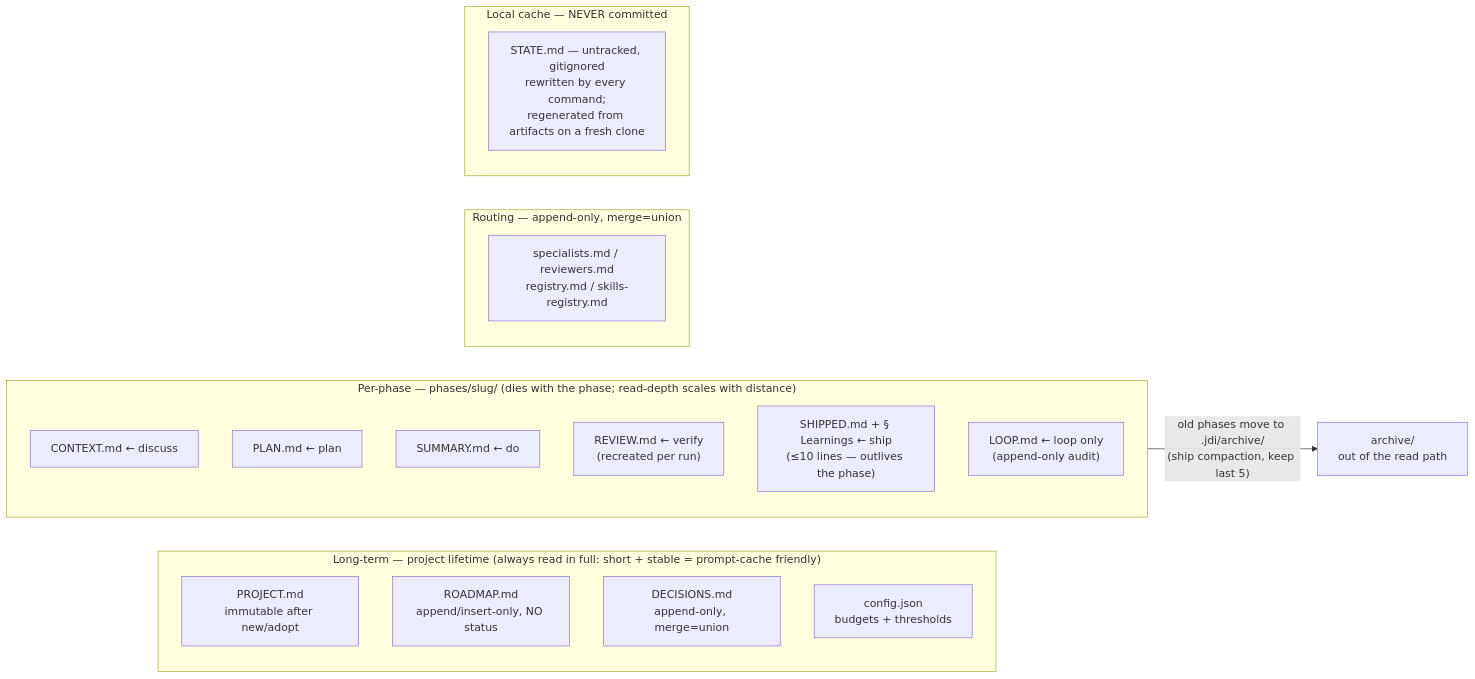
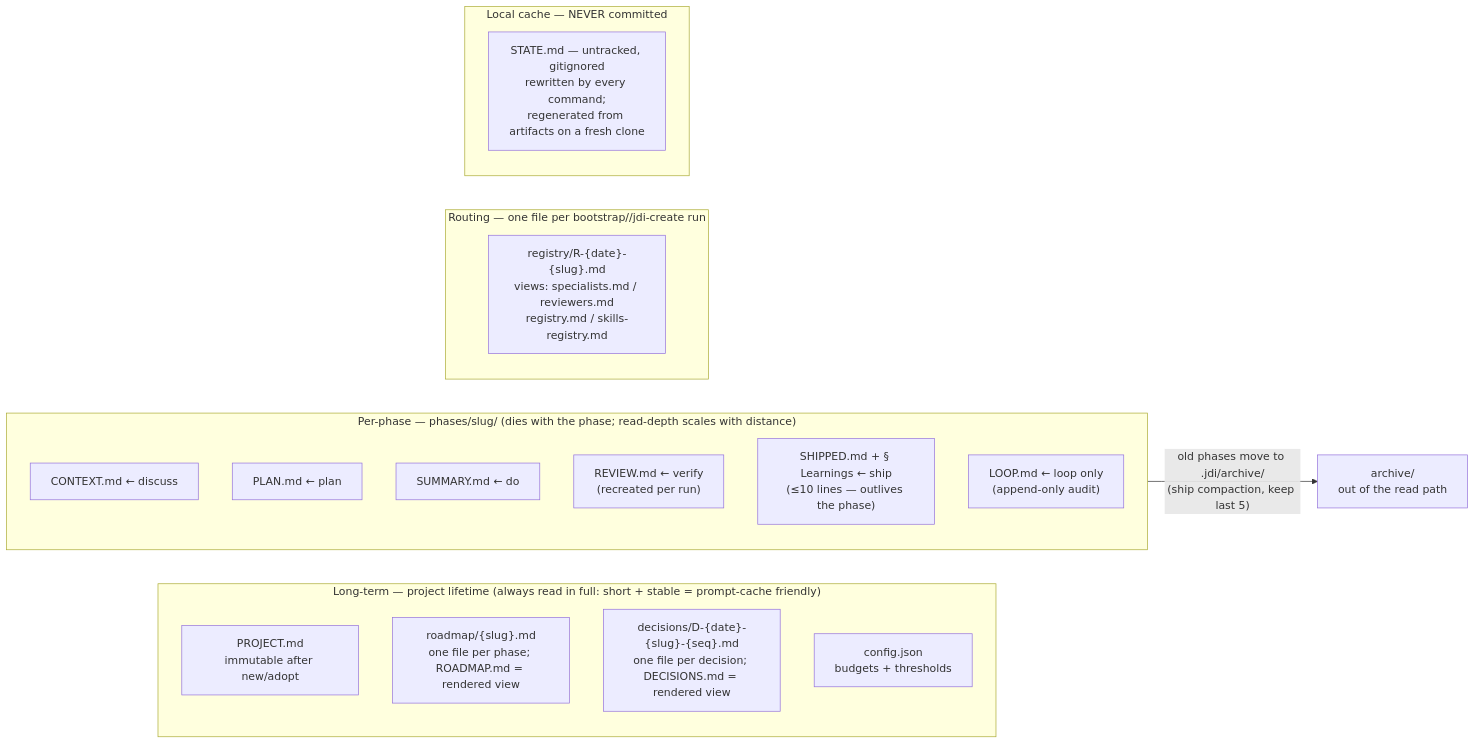
The third of 4 diagrams in README.md (slipalison/jdi-cli), drawn with Mermaid before and after one commit. The commit also changed other lines of this file and 10 other files, not shown here.

````diff
--- a/README.md
+++ b/README.md
@@ -215,28 +217,28 @@
 ```mermaid
 flowchart LR
     subgraph LT["Long-term — project lifetime (always read in full: short + stable = prompt-cache friendly)"]
         PROJECT["PROJECT.md<br/>immutable after new/adopt"]
-        ROADMAP["ROADMAP.md<br/>append/insert-only, NO status"]
-        DECISIONS["DECISIONS.md<br/>append-only, merge=union"]
+        ROADMAP["roadmap/{slug}.md<br/>one file per phase; ROADMAP.md = rendered view"]
+        DECISIONS["decisions/D-{date}-{slug}-{seq}.md<br/>one file per decision; DECISIONS.md = rendered view"]
         CONFIG["config.json<br/>budgets + thresholds"]
     end
 
     subgraph PH["Per-phase — phases/slug/ (dies with the phase; read-depth scales with distance)"]
         CONTEXT["CONTEXT.md ← discuss"]
         PLAN["PLAN.md ← plan"]
         SUMMARY["SUMMARY.md ← do"]
         REVIEW["REVIEW.md ← verify<br/>(recreated per run)"]
         SHIPPED["SHIPPED.md + § Learnings ← ship<br/>(≤10 lines — outlives the phase)"]
         LOOPMD["LOOP.md ← loop only<br/>(append-only audit)"]
     end
 
-    subgraph ROUTE["Routing — append-only, merge=union"]
-        SPEC["specialists.md / reviewers.md<br/>registry.md / skills-registry.md"]
+    subgraph ROUTE["Routing — one file per bootstrap//jdi-create run"]
+        SPEC["registry/R-{date}-{slug}.md<br/>views: specialists.md / reviewers.md<br/>registry.md / skills-registry.md"]
     end
 
     subgraph LOCAL["Local cache — NEVER committed"]
         STATE["STATE.md — untracked, gitignored<br/>rewritten by every command;<br/>regenerated from artifacts on a fresh clone"]
     end
 
     PH -- "old phases move to .jdi/archive/<br/>(ship compaction, keep last 5)" --> ARCH["archive/<br/>out of the read path"]
 ```
````
